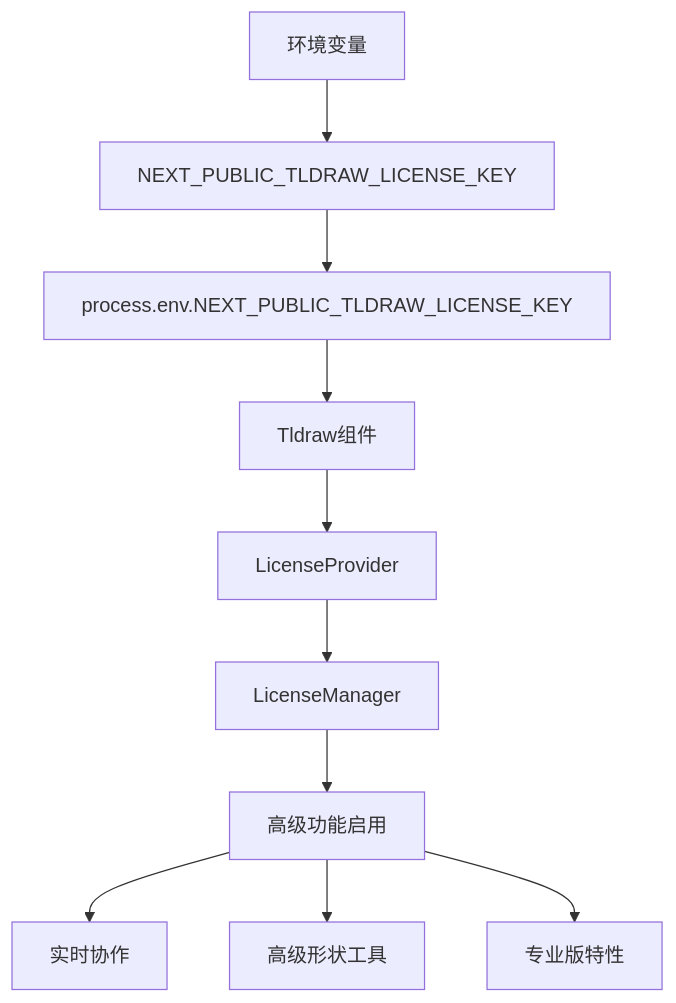
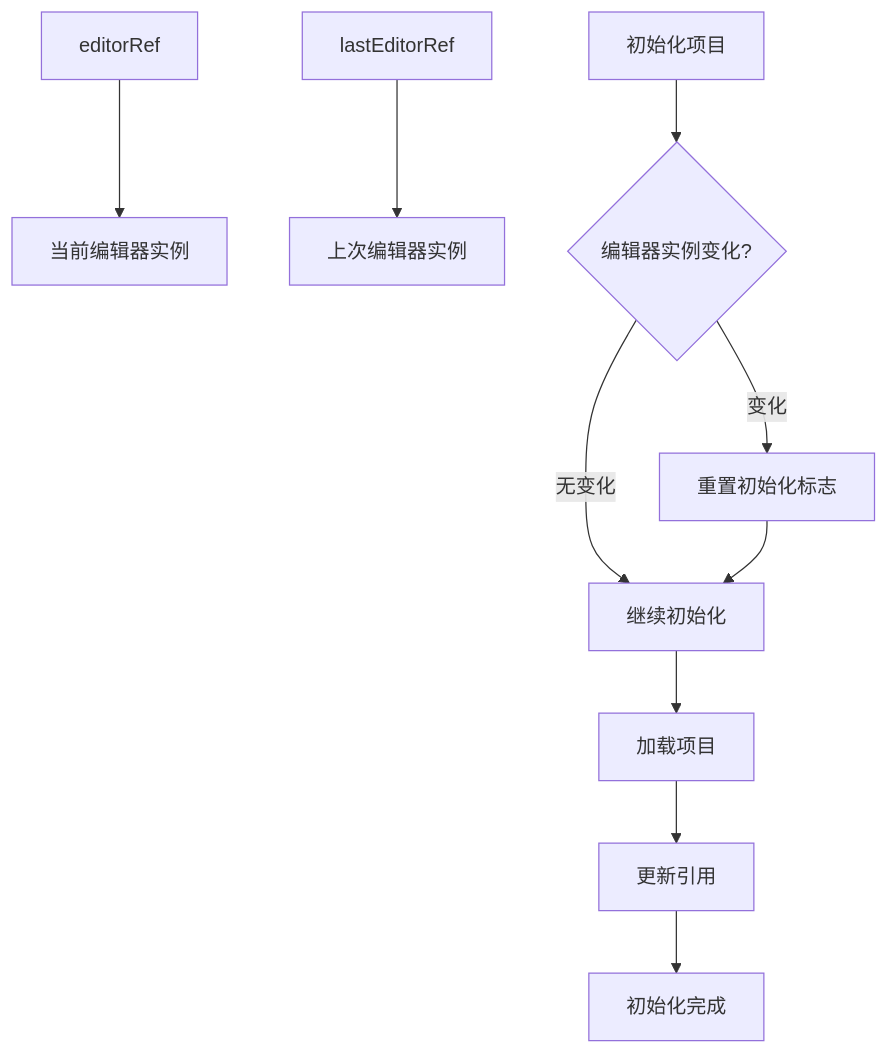
Before and after one commit to billye220670/BananaFlow2: diagram 19 of 35 in .qoder/repowiki/zh/content/核心功能模块/画布交互系统.md, drawn with Mermaid. The commit also changed other lines of this file and 12 other files, not shown here.

First line of the commit message:
fix: shimmer占位图全程覆盖 + 拖入无限循环修复

````diff
--- a/.qoder/repowiki/zh/content/核心功能模块/画布交互系统.md
+++ b/.qoder/repowiki/zh/content/核心功能模块/画布交互系统.md
@@ -645,12 +848,12 @@
 ```mermaid
 flowchart TD
-Environment[环境变量] --> NextPublic[NEXT_PUBLIC_TLDRAW_LICENSE_KEY]
-NextPublic --> ProcessEnv[process.env.NEXT_PUBLIC_TLDRAW_LICENSE_KEY]
-ProcessEnv --> Tldraw[Tldraw组件]
-Tldraw --> LicenseProvider[LicenseProvider]
-LicenseProvider --> LicenseManager[LicenseManager]
-LicenseManager --> AdvancedFeatures[高级功能启用]
-AdvancedFeatures --> RealtimeCollaboration[实时协作]
-AdvancedFeatures --> AdvancedShapes[高级形状工具]
-AdvancedFeatures --> ProfessionalFeatures[专业版特性]
+EditorRef[editorRef] --> CurrentEditor[当前编辑器实例]
+LastEditorRef[lastEditorRef] --> LastEditor[上次编辑器实例]
+InitProject[初始化项目] --> CheckEditor{编辑器实例变化?}
+CheckEditor --> |变化| ResetFlags[重置初始化标志]
+CheckEditor --> |无变化| Continue[继续初始化]
+ResetFlags --> Continue
+Continue --> LoadProject[加载项目]
+LoadProject --> UpdateRefs[更新引用]
+UpdateRefs --> Success[初始化完成]
 ```
````
